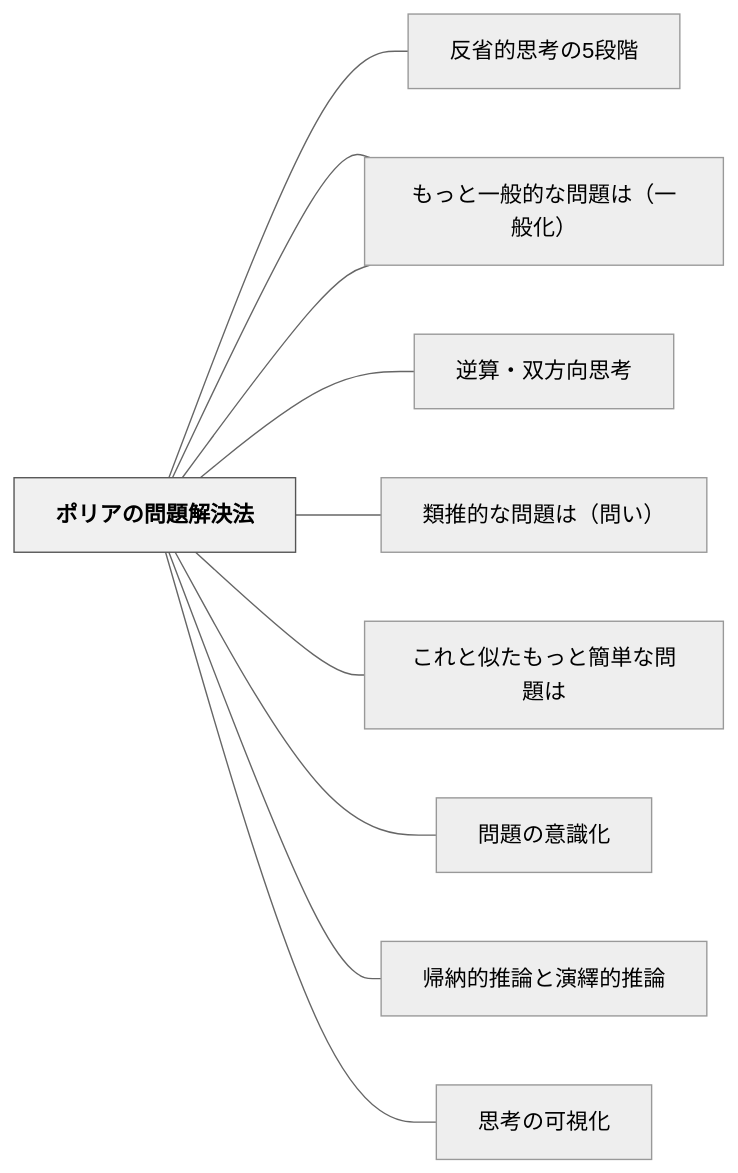
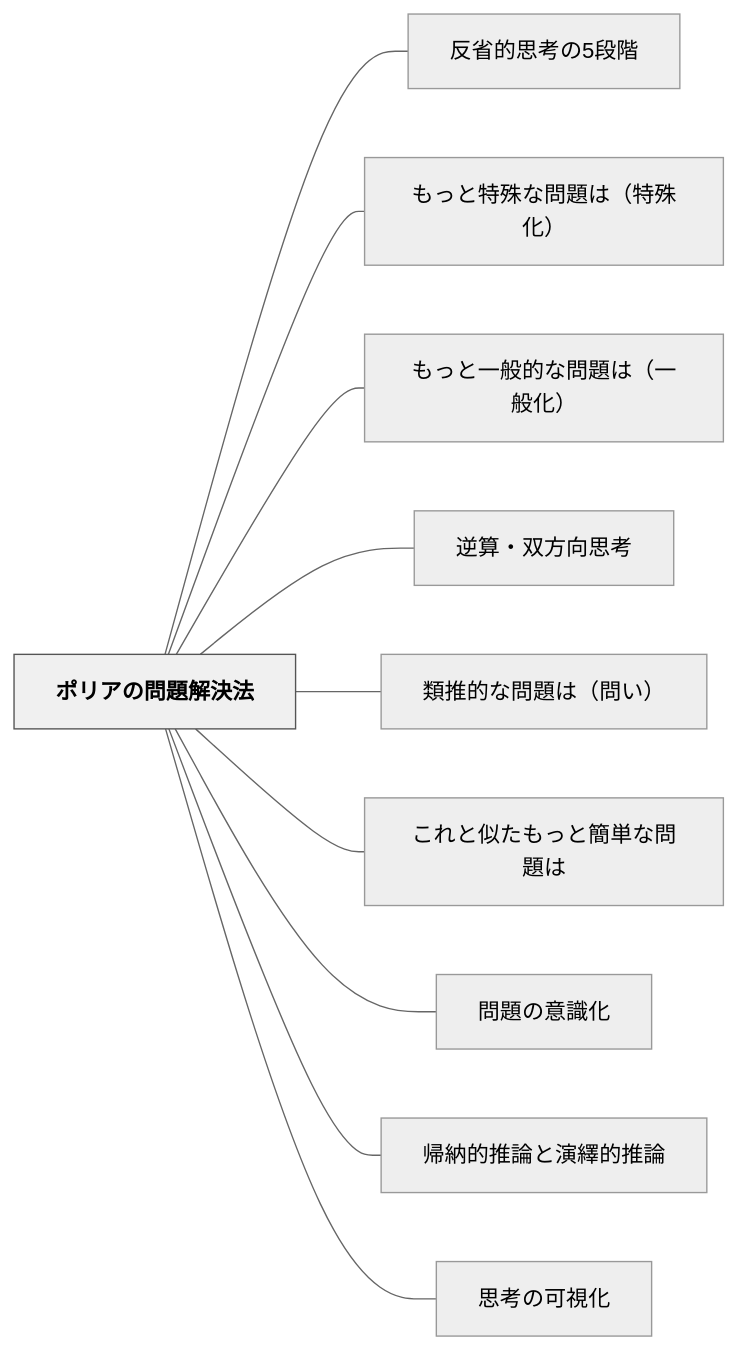
One commit to unknownthings-ed-patterns/unknownthings-ed-patterns changed the diagram in content/パタン/ポリアの問題解決法.md. Above: the diagram before and after it, drawn with Mermaid (neutral theme). The commit also changed 527 other files, not shown here.

````diff
--- a/content/パタン/ポリアの問題解決法.md
+++ b/content/パタン/ポリアの問題解決法.md
@@ -124,26 +124,26 @@
 ```mermaid
 flowchart LR
-    ne3839de383aa["ポリアの問題解決法"]
-    ne58f8de79c81["反省的思考の5段階"]
-    ne38282e381a3["もっと特殊な問題は（特殊化）"]
-    ne38282e381a3["もっと一般的な問題は（一般化）"]
-    ne98086e7ae97["逆算・双方向思考"]
-    ne9a19ee68ea8["類推的な問題は（問い）"]
-    ne38193e3828c["これと似たもっと簡単な問題は"]
-    ne5958fe9a18c["問題の意識化"]
-    ne5b8b0e7b48d["帰納的推論と演繹的推論"]
-    ne6809de88083["思考の可視化"]
+    ne3839de383aae382a2e381aee5958fe9a18ce8a7a3e6b1bae6b395["ポリアの問題解決法"]
+    ne58f8de79c81e79a84e6809de88083e381ae35e6aeb5e99a8e["反省的思考の5段階"]
+    ne38282e381a3e381a8e789b9e6ae8ae381aae5958fe9a18ce381afefbc88e789b9e6ae8ae58c96efbc89["もっと特殊な問題は（特殊化）"]
+    ne38282e381a3e381a8e4b880e888ace79a84e381aae5958fe9a18ce381afefbc88e4b880e888ace58c96efbc89["もっと一般的な問題は（一般化）"]
+    ne98086e7ae97e383bbe58f8ce696b9e59091e6809de88083["逆算・双方向思考"]
+    ne9a19ee68ea8e79a84e381aae5958fe9a18ce381afefbc88e5958fe38184efbc89["類推的な問題は（問い）"]
+    ne38193e3828ce381a8e4bcbce3819fe38282e381a3e381a8e7b0a1e58d98e381aae5958fe9a18ce381af["これと似たもっと簡単な問題は"]
+    ne5958fe9a18ce381aee6848fe8ad98e58c96["問題の意識化"]
+    ne5b8b0e7b48de79a84e68ea8e8ab96e381a8e6bc94e7b9b9e79a84e68ea8e8ab96["帰納的推論と演繹的推論"]
+    ne6809de88083e381aee58fafe8a696e58c96["思考の可視化"]
 
-    ne3839de383aa --- ne58f8de79c81
-    ne3839de383aa --- ne38282e381a3
-    ne3839de383aa --- ne38282e381a3
-    ne3839de383aa --- ne98086e7ae97
-    ne3839de383aa --- ne9a19ee68ea8
-    ne3839de383aa --- ne38193e3828c
-    ne3839de383aa --- ne5958fe9a18c
-    ne3839de383aa --- ne5b8b0e7b48d
-    ne3839de383aa --- ne6809de88083
+    ne3839de383aae382a2e381aee5958fe9a18ce8a7a3e6b1bae6b395 --- ne58f8de79c81e79a84e6809de88083e381ae35e6aeb5e99a8e
+    ne3839de383aae382a2e381aee5958fe9a18ce8a7a3e6b1bae6b395 --- ne38282e381a3e381a8e789b9e6ae8ae381aae5958fe9a18ce381afefbc88e789b9e6ae8ae58c96efbc89
+    ne3839de383aae382a2e381aee5958fe9a18ce8a7a3e6b1bae6b395 --- ne38282e381a3e381a8e4b880e888ace79a84e381aae5958fe9a18ce381afefbc88e4b880e888ace58c96efbc89
+    ne3839de383aae382a2e381aee5958fe9a18ce8a7a3e6b1bae6b395 --- ne98086e7ae97e383bbe58f8ce696b9e59091e6809de88083
+    ne3839de383aae382a2e381aee5958fe9a18ce8a7a3e6b1bae6b395 --- ne9a19ee68ea8e79a84e381aae5958fe9a18ce381afefbc88e5958fe38184efbc89
+    ne3839de383aae382a2e381aee5958fe9a18ce8a7a3e6b1bae6b395 --- ne38193e3828ce381a8e4bcbce3819fe38282e381a3e381a8e7b0a1e58d98e381aae5958fe9a18ce381af
+    ne3839de383aae382a2e381aee5958fe9a18ce8a7a3e6b1bae6b395 --- ne5958fe9a18ce381aee6848fe8ad98e58c96
+    ne3839de383aae382a2e381aee5958fe9a18ce8a7a3e6b1bae6b395 --- ne5b8b0e7b48de79a84e68ea8e8ab96e381a8e6bc94e7b9b9e79a84e68ea8e8ab96
+    ne3839de383aae382a2e381aee5958fe9a18ce8a7a3e6b1bae6b395 --- ne6809de88083e381aee58fafe8a696e58c96
 
     classDef hub fill:#f0f0f0,stroke:#555,color:#000,font-weight:bold
-    class ne3839de383aa hub
+    class ne3839de383aae382a2e381aee5958fe9a18ce8a7a3e6b1bae6b395 hub
 ```
````
